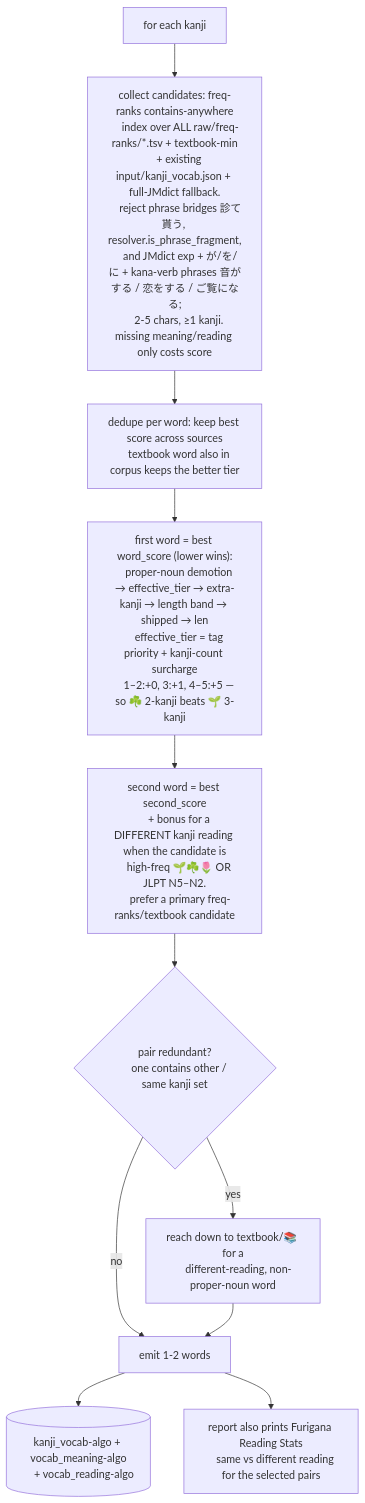
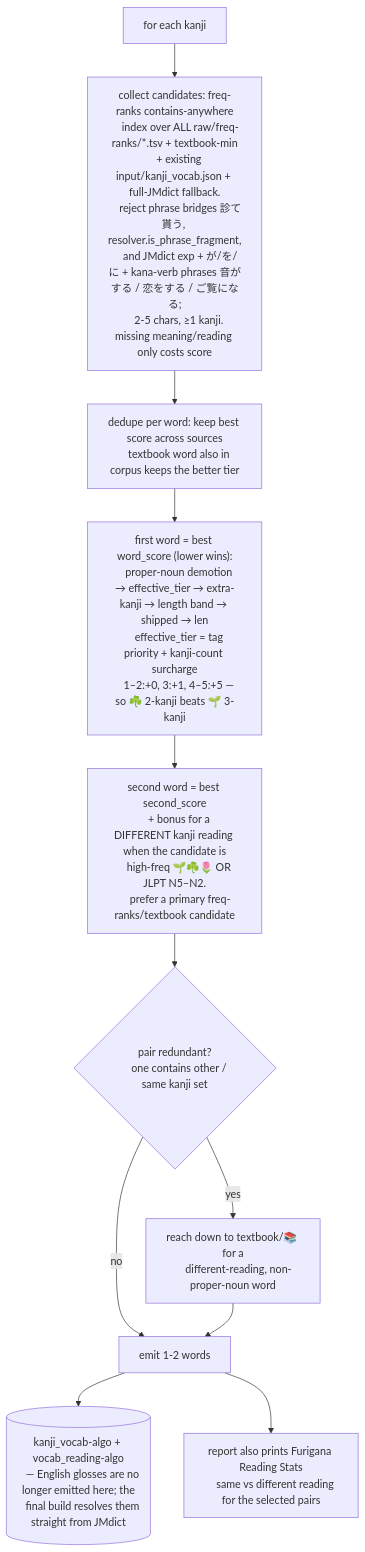
One commit to PikaPikaGems/kanji-heatmap-data changed the sixth of 8 diagrams in notes/flowchart.md. Above: the diagram before and after it, drawn with Mermaid. The commit also changed other lines of this file and 6 other files, not shown here.

````diff
--- a/notes/flowchart.md
+++ b/notes/flowchart.md
@@ -275,29 +271,30 @@
 ```mermaid
 flowchart TD
     K[for each kanji] --> C[collect candidates: freq-ranks contains-anywhere
     index over ALL raw/freq-ranks/*.tsv + textbook-min
     + existing input/kanji_vocab.json + full-JMdict fallback.
     reject phrase bridges 診て貰う, resolver.is_phrase_fragment,
     and JMdict exp + が/を/に + kana-verb phrases 音がする / 恋をする / ご覧になる;
     2-5 chars, ≥1 kanji. missing meaning/reading only costs score]
     C --> DEDUP[dedupe per word: keep best score across sources
     textbook word also in corpus keeps the better tier]
     DEDUP --> S1["first word = best word_score (lower wins):
     proper-noun demotion → effective_tier → extra-kanji → length band → shipped → len
     effective_tier = tag priority + kanji-count surcharge
     1–2:+0, 3:+1, 4–5:+5 — so ☘️ 2-kanji beats 🌱 3-kanji"]
     S1 --> S2[second word = best second_score
     + bonus for a DIFFERENT kanji reading when the candidate is
     high-freq 🌱☘️🌷 OR JLPT N5–N2.
     prefer a primary freq-ranks/textbook candidate]
     S2 --> RP{pair redundant?
     one contains other / same kanji set}
     RP -- yes --> ALT[reach down to textbook/📚 for a
     different-reading, non-proper-noun word]
     RP -- no --> EMIT
     ALT --> EMIT[emit 1-2 words]
-    EMIT --> W[(kanji_vocab-algo + vocab_meaning-algo
-    + vocab_reading-algo)]
+    EMIT --> W[(kanji_vocab-algo + vocab_reading-algo
+    — English glosses are no longer emitted here; the
+    final build resolves them straight from JMdict)]
     EMIT --> STATS[report also prints Furigana Reading Stats
     same vs different reading for the selected pairs]
 ```
````
